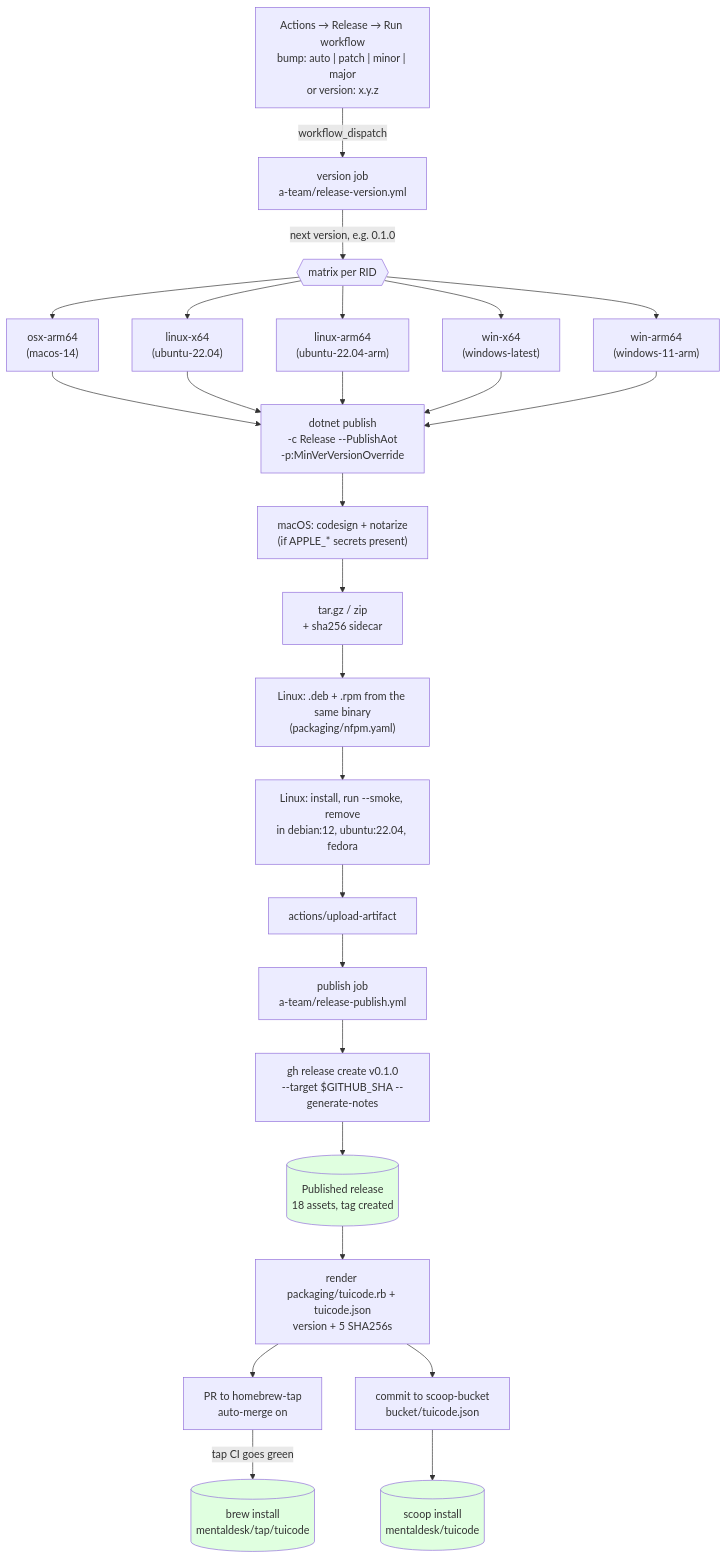
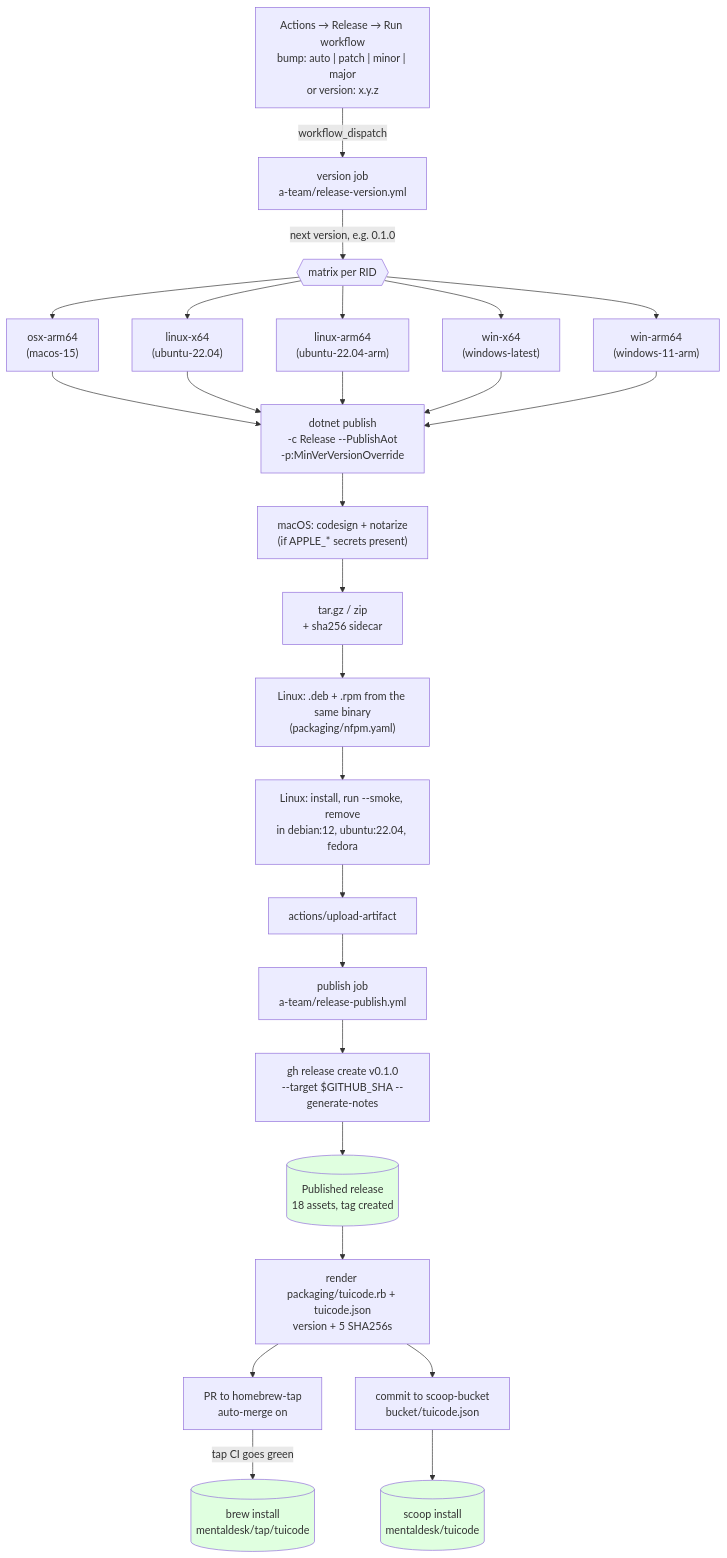
Before and after one commit to mentaldesk/TuiCode: the first of 2 diagrams in CONTRIBUTING.md, drawn with Mermaid. The commit also changed 2 other files, not shown here.

Commit message:
Build macOS on macos-15, since GitHub retired macos-14
GitHub Actions no longer starts macos-14 jobs ("The configuration
'macos-14-arm64-us-default' is not supported"), so AOT osx-arm64 is
cancelled at start-up on every branch, and the next Release run's
Build osx-arm64 would fail the same way before publish.

Closes #663

````diff
--- a/CONTRIBUTING.md
+++ b/CONTRIBUTING.md
@@ -30,37 +30,37 @@
 ```mermaid
 flowchart TD
     Click["Actions → Release → Run workflow<br/>bump: auto | patch | minor | major<br/>or version: x.y.z"]
     Click -->|workflow_dispatch| Version["version job<br/>a-team/release-version.yml"]
     Version -->|"next version, e.g. 0.1.0"| Matrix{{"matrix per RID"}}
 
-    Matrix --> A["osx-arm64<br/>(macos-14)"]
+    Matrix --> A["osx-arm64<br/>(macos-15)"]
     Matrix --> B["linux-x64<br/>(ubuntu-22.04)"]
     Matrix --> C["linux-arm64<br/>(ubuntu-22.04-arm)"]
     Matrix --> D["win-x64<br/>(windows-latest)"]
     Matrix --> E["win-arm64<br/>(windows-11-arm)"]
 
     A --> Publish["dotnet publish<br/>-c Release --PublishAot<br/>-p:MinVerVersionOverride"]
     B --> Publish
     C --> Publish
     D --> Publish
     E --> Publish
 
     Publish --> Sign["macOS: codesign + notarize<br/>(if APPLE_* secrets present)"]
     Sign --> Archive["tar.gz / zip<br/>+ sha256 sidecar"]
     Archive --> Packages["Linux: .deb + .rpm from the same binary<br/>(packaging/nfpm.yaml)"]
     Packages --> Smoke["Linux: install, run --smoke, remove<br/>in debian:12, ubuntu:22.04, fedora"]
     Smoke --> Upload["actions/upload-artifact"]
 
     Upload --> Pub["publish job<br/>a-team/release-publish.yml"]
     Pub --> Tag["gh release create v0.1.0<br/>--target $GITHUB_SHA --generate-notes"]
     Tag --> Public[("Published release<br/>18 assets, tag created")]
     Public --> Render["render packaging/tuicode.rb + tuicode.json<br/>version + 5 SHA256s"]
     Render --> TapPR["PR to homebrew-tap<br/>auto-merge on"]
     TapPR -->|tap CI goes green| Brew[("brew install<br/>mentaldesk/tap/tuicode")]
     Render --> Bucket["commit to scoop-bucket<br/>bucket/tuicode.json"]
     Bucket --> Scoop[("scoop install<br/>mentaldesk/tuicode")]
 
     style Public fill:#e0ffe0
     style Brew fill:#e0ffe0
     style Scoop fill:#e0ffe0
 ```
````
